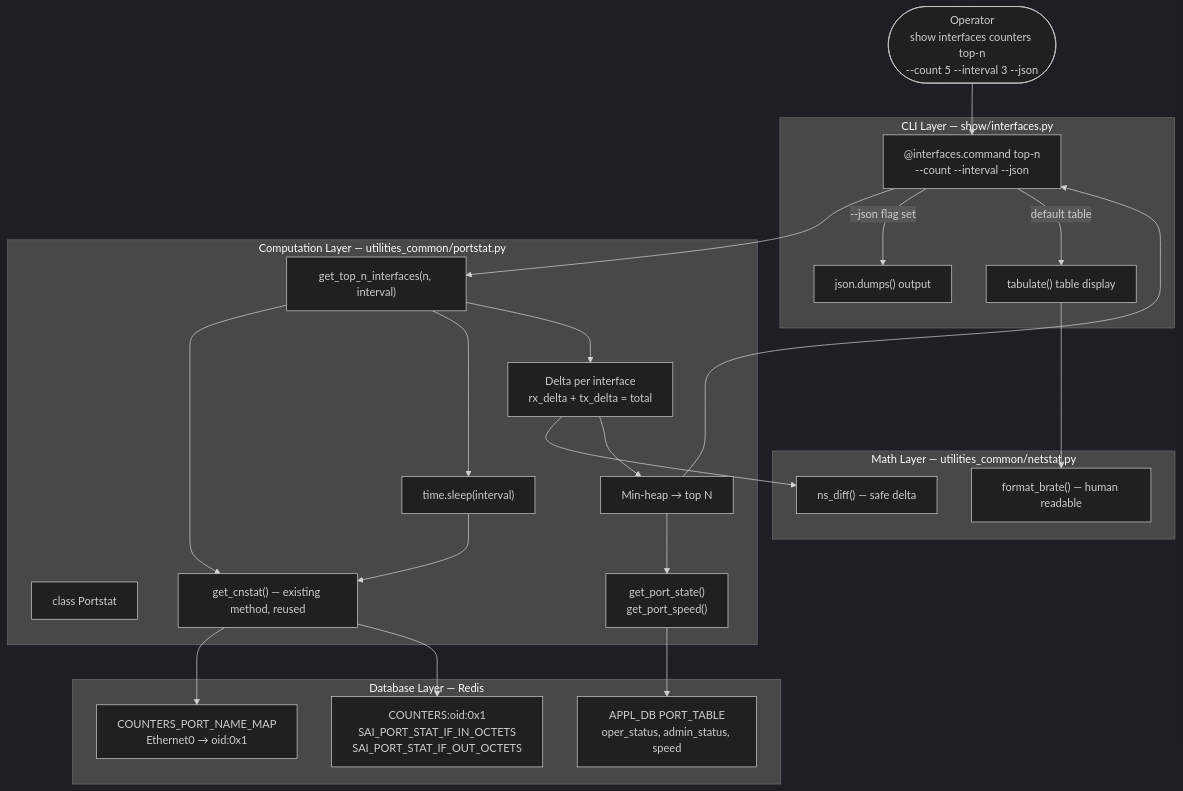
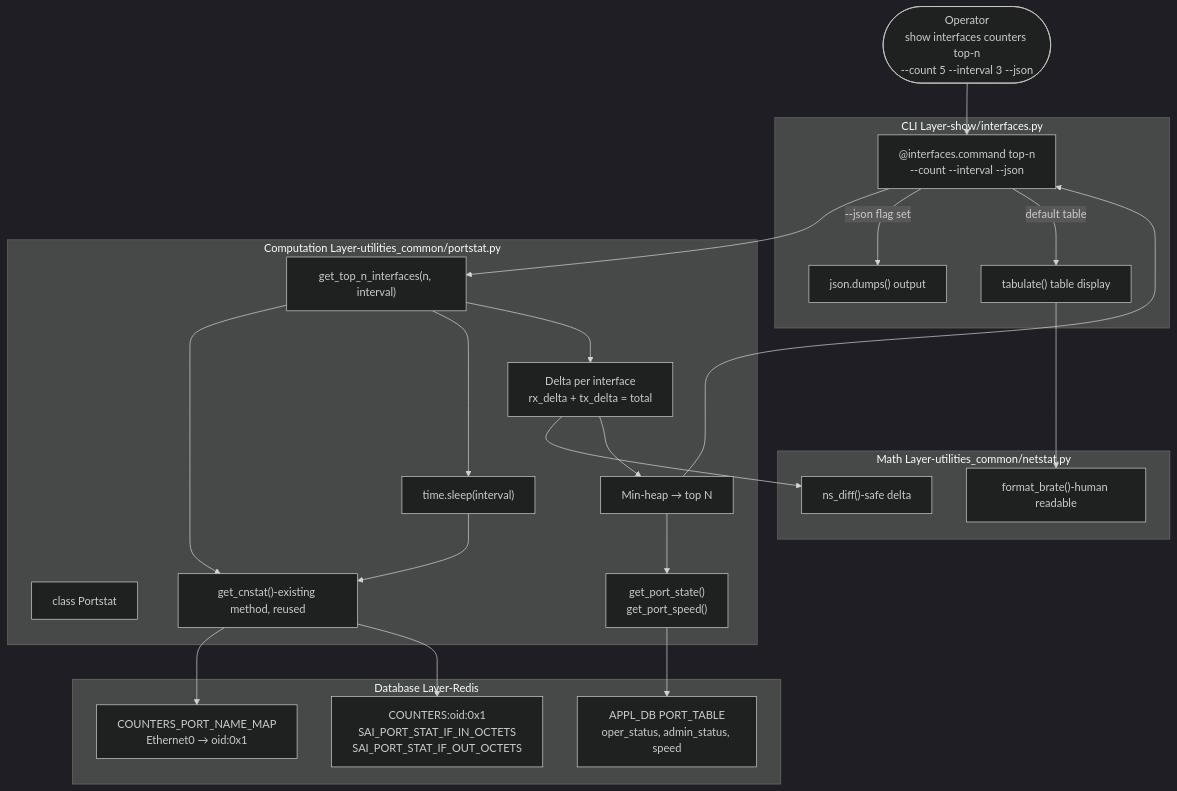
The eighth of 11 diagrams in readme.md (jayzalani/Sonic_top_n_interface), drawn with Mermaid (dark theme) before and after one commit. The commit also changed other lines of this file, not shown here.

````diff
--- a/readme.md
+++ b/readme.md
@@ -379,48 +379,48 @@
 ```mermaid
 graph TB
     USER(["Operator\nshow interfaces counters top-n\n--count 5 --interval 3 --json"])
 
-    subgraph CLI["CLI Layer — show/interfaces.py"]
+    subgraph CLI["CLI Layer-show/interfaces.py"]
         CMD["@interfaces.command top-n\n--count  --interval  --json"]
         DISP_TABLE["tabulate() table display"]
         DISP_JSON["json.dumps() output"]
     end
 
-    subgraph COMPUTE["Computation Layer — utilities_common/portstat.py"]
+    subgraph COMPUTE["Computation Layer-utilities_common/portstat.py"]
         PORTSTAT["class Portstat"]
         GET_TOP["get_top_n_interfaces(n, interval)"]
-        GET_CNSTAT["get_cnstat() — existing method, reused"]
+        GET_CNSTAT["get_cnstat()-existing method, reused"]
         SLEEP["time.sleep(interval)"]
         DELTA["Delta per interface\nrx_delta + tx_delta = total"]
         HEAP2["Min-heap → top N"]
         STATE["get_port_state()\nget_port_speed()"]
     end
 
-    subgraph MATH["Math Layer — utilities_common/netstat.py"]
-        NSDIFF["ns_diff() — safe delta"]
-        FMTBRATE["format_brate() — human readable"]
+    subgraph MATH["Math Layer-utilities_common/netstat.py"]
+        NSDIFF["ns_diff()-safe delta"]
+        FMTBRATE["format_brate()-human readable"]
     end
 
-    subgraph DB["Database Layer — Redis"]
+    subgraph DB["Database Layer-Redis"]
         MAP["COUNTERS_PORT_NAME_MAP\nEthernet0 → oid:0x1"]
         CTRS["COUNTERS:oid:0x1\nSAI_PORT_STAT_IF_IN_OCTETS\nSAI_PORT_STAT_IF_OUT_OCTETS"]
         APPL["APPL_DB PORT_TABLE\noper_status, admin_status, speed"]
     end
 
     USER --> CMD
     CMD --> GET_TOP
     GET_TOP --> GET_CNSTAT
     GET_CNSTAT --> MAP
     GET_CNSTAT --> CTRS
     GET_TOP --> SLEEP
     SLEEP --> GET_CNSTAT
     GET_TOP --> DELTA
     DELTA --> NSDIFF
     DELTA --> HEAP2
     HEAP2 --> STATE
     STATE --> APPL
     HEAP2 --> CMD
     CMD -->|"--json flag set"| DISP_JSON
     CMD -->|"default table"| DISP_TABLE
     DISP_TABLE --> FMTBRATE
 ```
````
